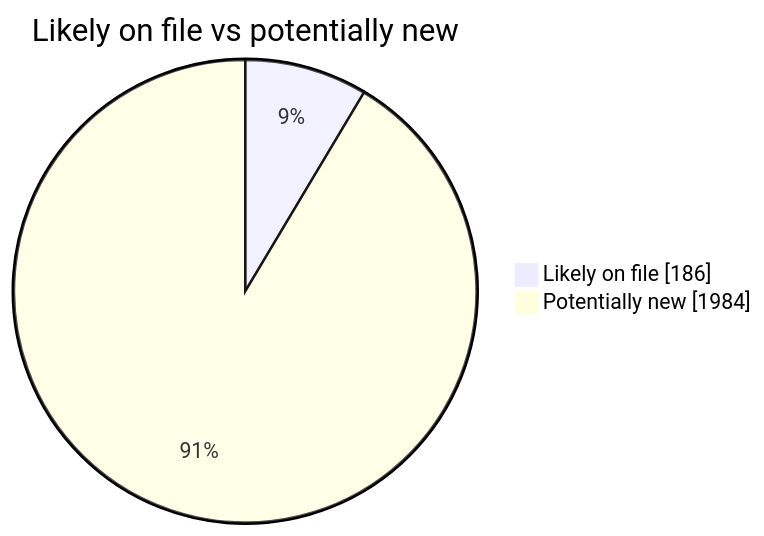
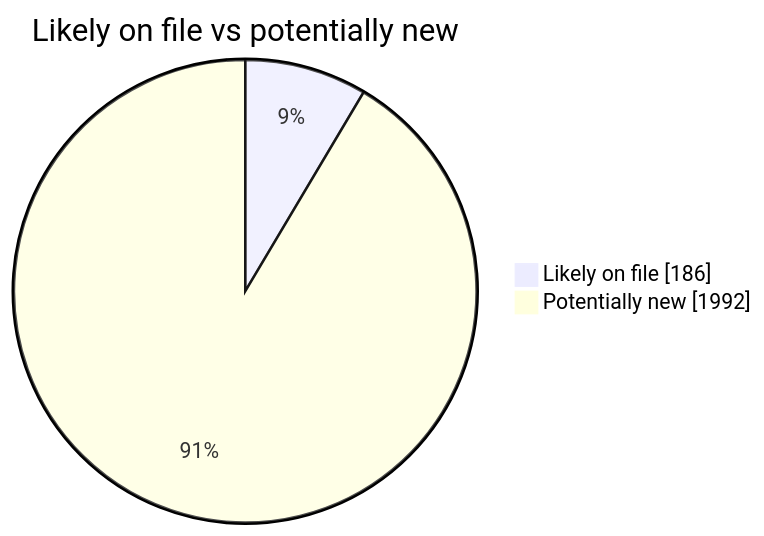
Before and after one commit to martinbalfanz/social-scanner-reports: the second of 4 diagrams in README.md, drawn with Mermaid. The commit also changed other lines of this file and 4 other files, not shown here.

````diff
--- a/README.md
+++ b/README.md
@@ -40,5 +40,5 @@
 ```mermaid
 pie showData title Likely on file vs potentially new
     "Likely on file" : 186
-    "Potentially new" : 1984
+    "Potentially new" : 1992
 ```
````
